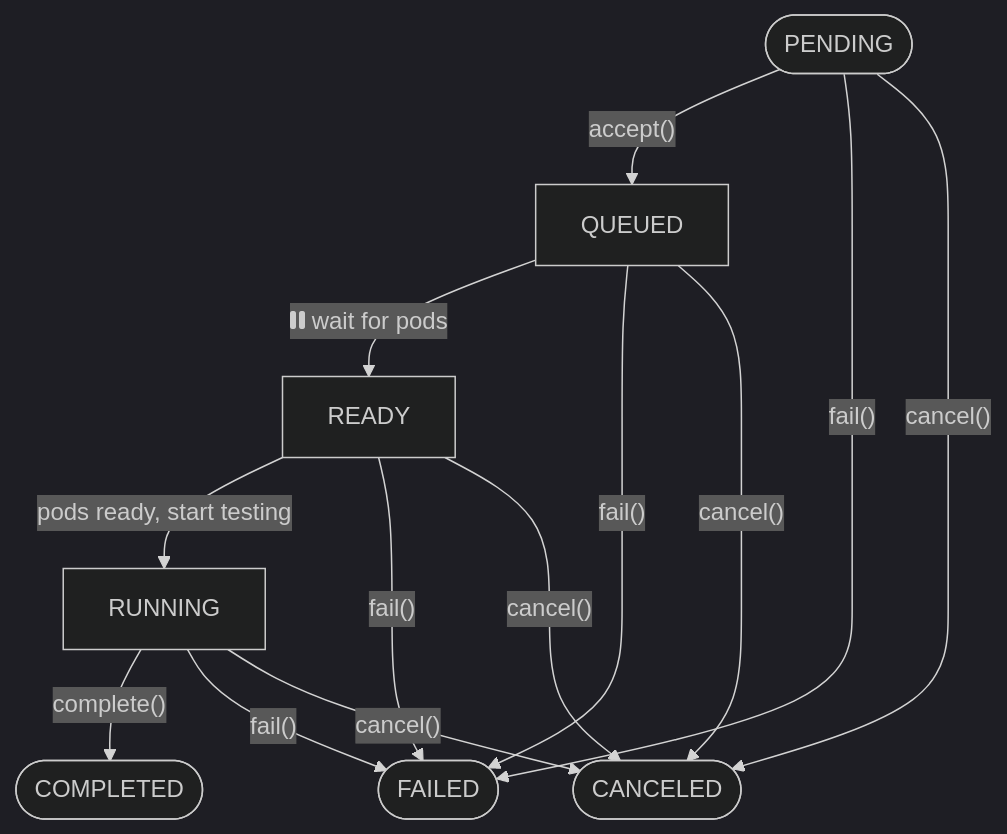
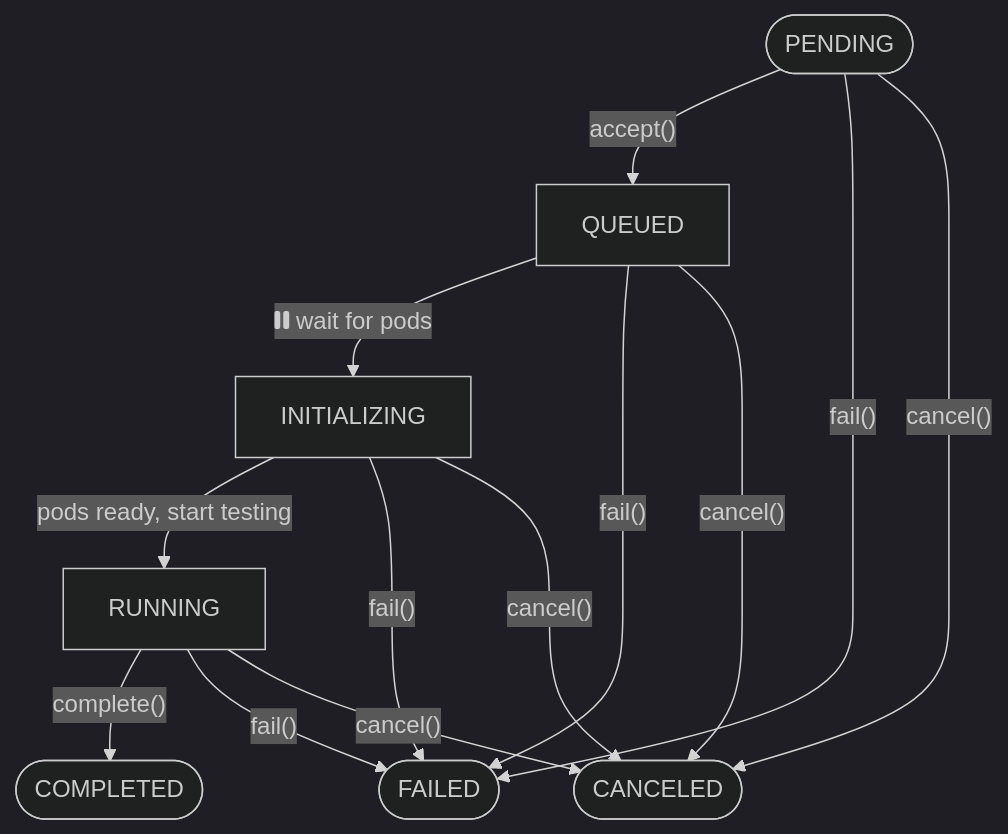
Before and after one commit to ReviewSignal/orderly-ape: the second of 2 diagrams in README.md, drawn with Mermaid (dark theme). The commit also changed other lines of this file, not shown here.

````diff
--- a/README.md
+++ b/README.md
@@ -98,24 +200,24 @@
 ```mermaid
 flowchart TD
 %% States
     PENDING([PENDING])
     QUEUED
-    READY
+    INITIALIZING
     RUNNING
     COMPLETED([COMPLETED])
     FAILED([FAILED])
     CANCELED([CANCELED])
 %% Transitions
     PENDING -- accept() --> QUEUED
-    QUEUED -- fa:fa-pause wait for pods --> READY
-    READY -- pods ready, start testing --> RUNNING
+    QUEUED -- fa:fa-pause wait for pods --> INITIALIZING
+    INITIALIZING -- pods ready, start testing --> RUNNING
     RUNNING -- complete() --> COMPLETED
     PENDING -- fail() --> FAILED
     QUEUED -- fail() --> FAILED
-    READY -- fail() --> FAILED
+    INITIALIZING -- fail() --> FAILED
     RUNNING -- fail() --> FAILED
     PENDING -- cancel() --> CANCELED
     QUEUED -- cancel() --> CANCELED
-    READY -- cancel() --> CANCELED
+    INITIALIZING -- cancel() --> CANCELED
     RUNNING -- cancel() --> CANCELED
 ```
````
